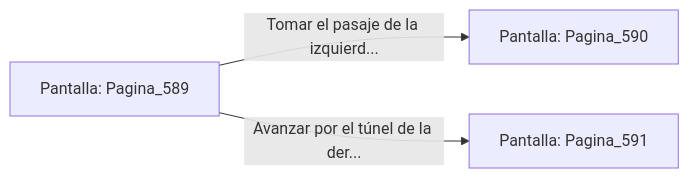
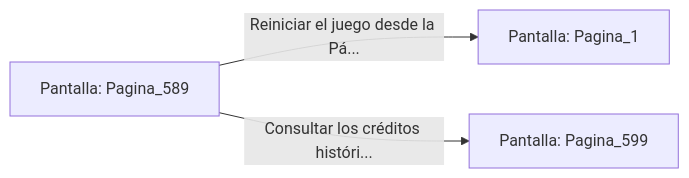
One commit to metsuke/mpl changed the diagram in sample/eligejuego-vault/Pantalla_Pagina_589.md. Above: the diagram before and after it, drawn with Mermaid. The commit also changed other lines of this file and 635 other files, not shown here.

First line of the commit message:
fix: añadir Pagina_1 como pantalla inicial en capitulo_01.mpl

````diff
--- a/sample/eligejuego-vault/Pantalla_Pagina_589.md
+++ b/sample/eligejuego-vault/Pantalla_Pagina_589.md
@@ -20,6 +24,6 @@
 ```mermaid
 graph LR
     P_Pagina_589["Pantalla: Pagina_589"]
-    P_Pagina_589 -->|"Tomar el pasaje de la izquierd..."| P_Pagina_590["Pantalla: Pagina_590"]
-    P_Pagina_589 -->|"Avanzar por el túnel de la der..."| P_Pagina_591["Pantalla: Pagina_591"]
+    P_Pagina_589 -->|"Reiniciar el juego desde la Pá..."| P_Pagina_1["Pantalla: Pagina_1"]
+    P_Pagina_589 -->|"Consultar los créditos históri..."| P_Pagina_599["Pantalla: Pagina_599"]
 ```
````
